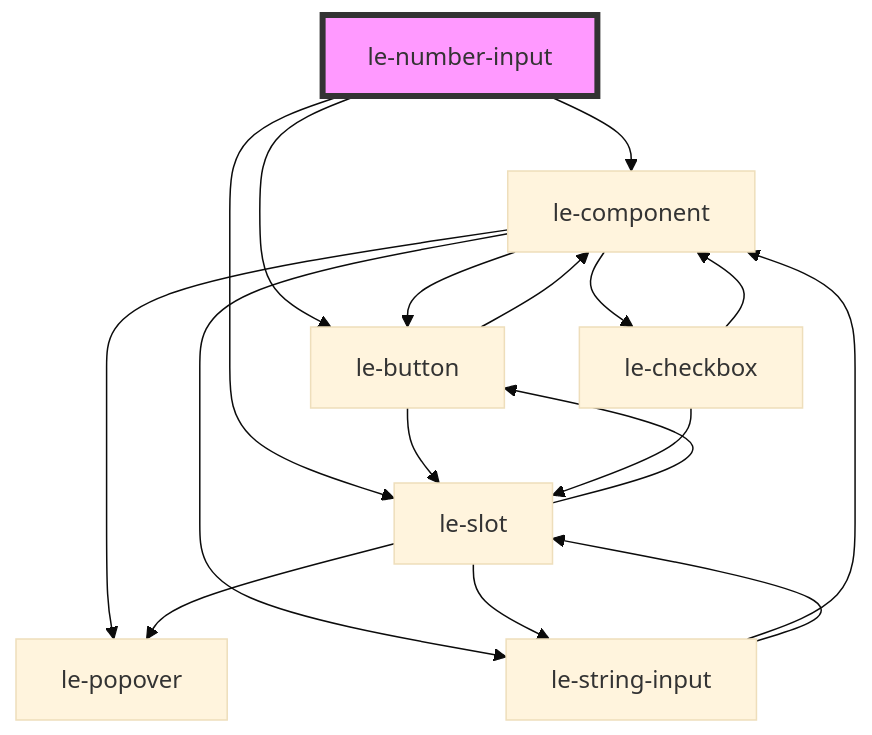
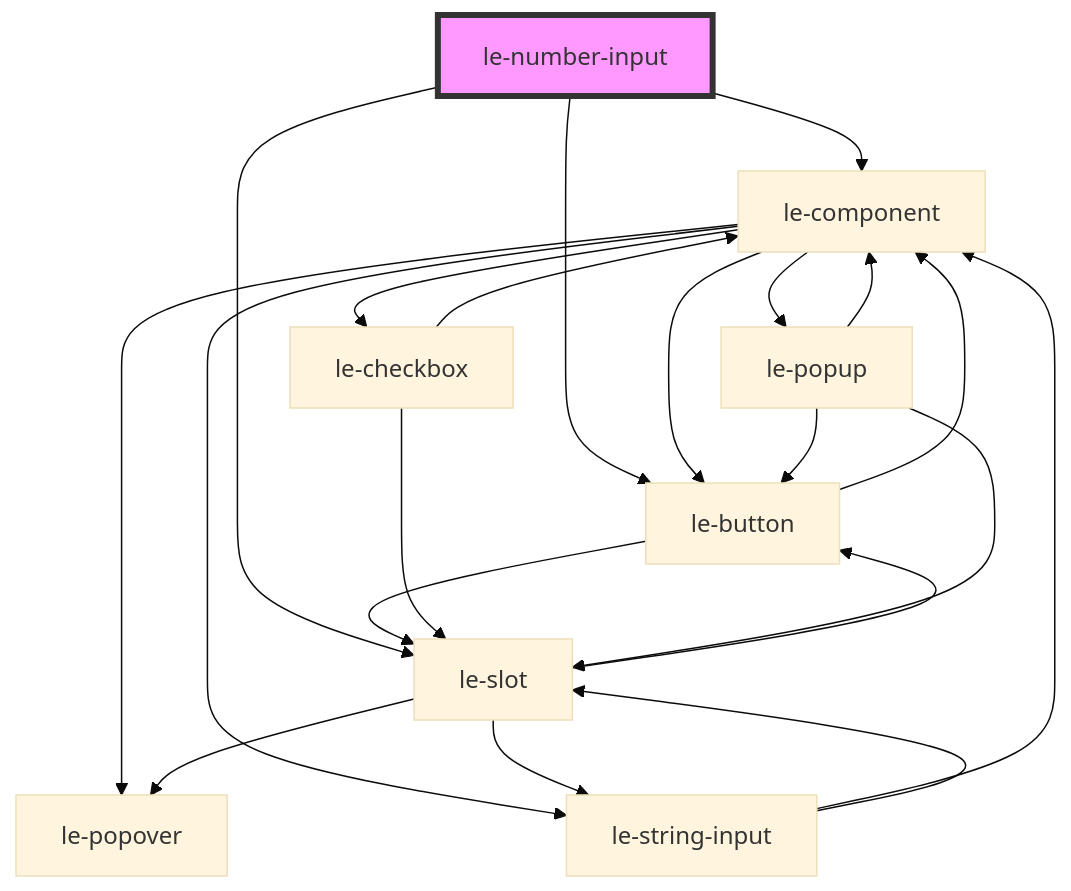
One commit to leechy/le-kit changed the diagram in src/components/le-number-input/readme.md. Above: the diagram before and after it, drawn with Mermaid (base theme). The commit also changed 29 other files, not shown here.

````diff
--- a/src/components/le-number-input/readme.md
+++ b/src/components/le-number-input/readme.md
@@ -57,20 +57,24 @@
 ```mermaid
 graph TD;
   le-number-input --> le-component
   le-number-input --> le-button
   le-number-input --> le-slot
   le-component --> le-button
   le-component --> le-checkbox
   le-component --> le-string-input
   le-component --> le-popover
+  le-component --> le-popup
   le-button --> le-component
   le-button --> le-slot
   le-slot --> le-popover
   le-slot --> le-button
   le-slot --> le-string-input
   le-string-input --> le-component
   le-string-input --> le-slot
   le-checkbox --> le-component
   le-checkbox --> le-slot
+  le-popup --> le-slot
+  le-popup --> le-button
+  le-popup --> le-component
   style le-number-input fill:#f9f,stroke:#333,stroke-width:4px
 ```
````
